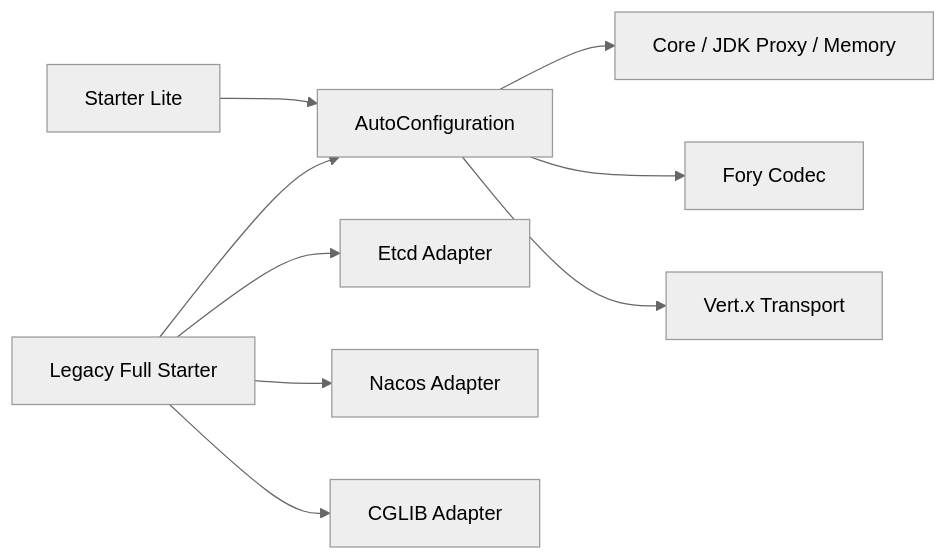
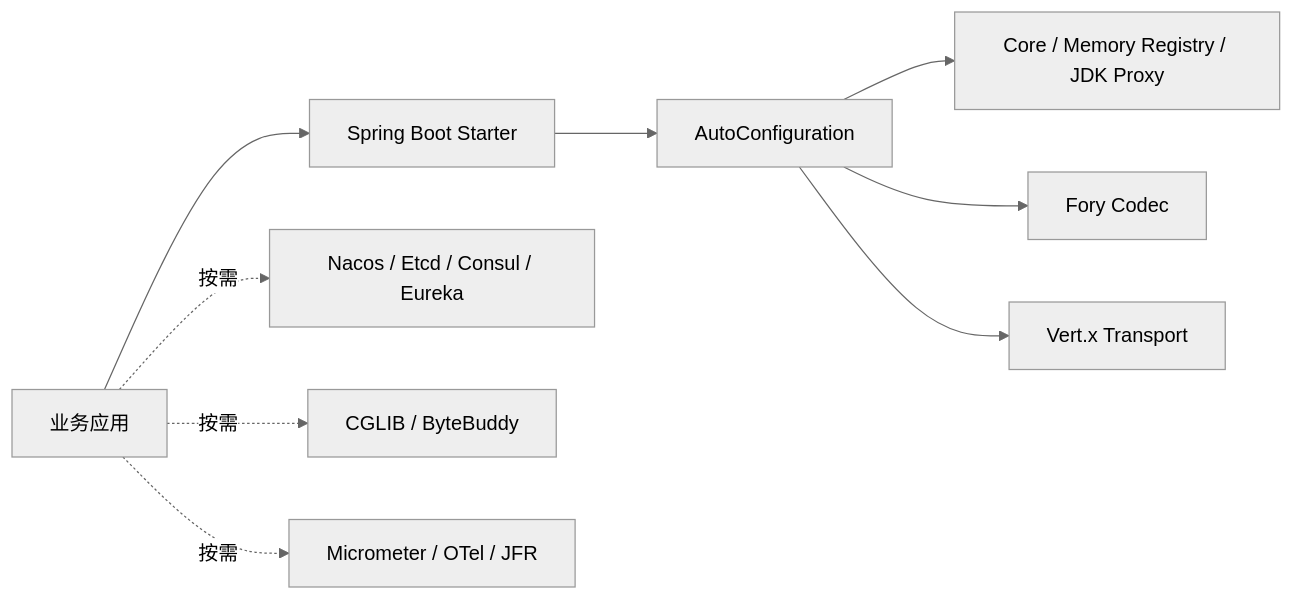
The diagram in docs/reference/starter.md (Ryan-Guizhou/otryx-rpc), drawn with Mermaid (neutral theme) before and after one commit. The commit also changed other lines of this file and 89 other files, not shown here.

First line of the commit message:
refactor(starter): one Spring Boot starter and runnable Quickstart (#126)

````diff
--- a/docs/reference/starter.md
+++ b/docs/reference/starter.md
@@ -57,11 +33,11 @@
 ```mermaid
 flowchart LR
-    Lite[Starter Lite] --> Auto[AutoConfiguration]
-    Full[Legacy Full Starter] --> Auto
-    Full --> Etcd[Etcd Adapter]
-    Full --> Nacos[Nacos Adapter]
-    Full --> Cglib[CGLIB Adapter]
-    Auto --> Core[Core / JDK Proxy / Memory]
-    Auto --> Codec[Fory Codec]
-    Auto --> Transport[Vert.x Transport]
+    Starter[Spring Boot Starter] --> Auto[AutoConfiguration]
+    Auto --> Core[Core / Memory Registry / JDK Proxy]
+    Auto --> Fory[Fory Codec]
+    Auto --> Vertx[Vert.x Transport]
+    App[业务应用] --> Starter
+    App -. 按需 .-> Nacos[Nacos / Etcd / Consul / Eureka]
+    App -. 按需 .-> Proxy[CGLIB / ByteBuddy]
+    App -. 按需 .-> Obs[Micrometer / OTel / JFR]
 ```
````
